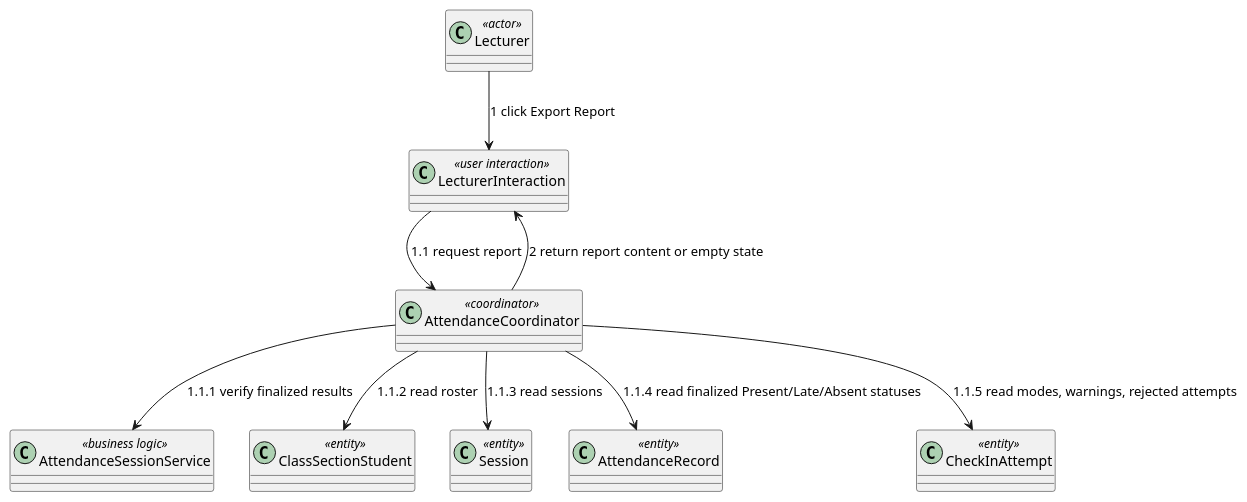
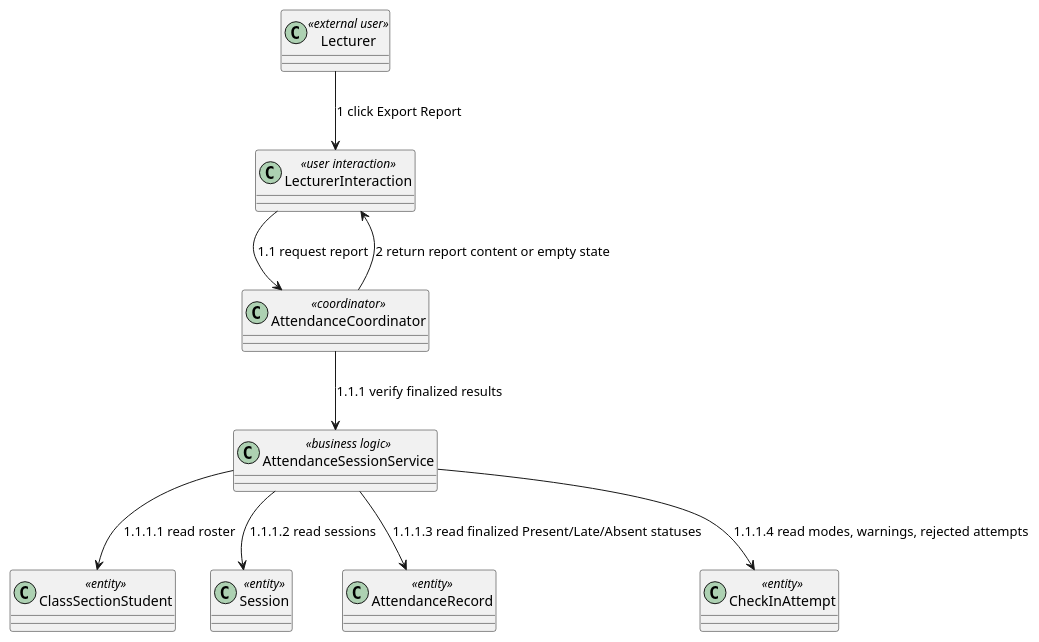
Before and after one commit to nttung42/SWD392: diagram 22 of 29 in docs/sds/2_Analysis.md, drawn with PlantUML. The commit also changed other lines of this file and 1 other file, not shown here.

````diff
--- a/docs/sds/2_Analysis.md
+++ b/docs/sds/2_Analysis.md
@@ -1100,21 +1152,21 @@
 ```plantuml
 @startuml
-class "Lecturer" as Lecturer <<actor>>
+class "Lecturer" as Lecturer <<external user>>
 class "LecturerInteraction" as LecturerUI <<user interaction>>
 class "AttendanceCoordinator" as ReportControl <<coordinator>>
 class "AttendanceSessionService" as ReportRules <<business logic>>
 class "ClassSectionStudent" as ClassSectionStudent <<entity>>
 class "Session" as Session <<entity>>
 class "AttendanceRecord" as AttendanceRecord <<entity>>
 class "CheckInAttempt" as CheckInAttempt <<entity>>
 
 Lecturer --> LecturerUI : 1 click Export Report
 LecturerUI --> ReportControl : 1.1 request report
 ReportControl --> ReportRules : 1.1.1 verify finalized results
-ReportControl --> ClassSectionStudent : 1.1.2 read roster
-ReportControl --> Session : 1.1.3 read sessions
-ReportControl --> AttendanceRecord : 1.1.4 read finalized Present/Late/Absent statuses
-ReportControl --> CheckInAttempt : 1.1.5 read modes, warnings, rejected attempts
+ReportRules --> ClassSectionStudent : 1.1.1.1 read roster
+ReportRules --> Session : 1.1.1.2 read sessions
+ReportRules --> AttendanceRecord : 1.1.1.3 read finalized Present/Late/Absent statuses
+ReportRules --> CheckInAttempt : 1.1.1.4 read modes, warnings, rejected attempts
 ReportControl --> LecturerUI : 2 return report content or empty state
 @enduml
 ```
````
